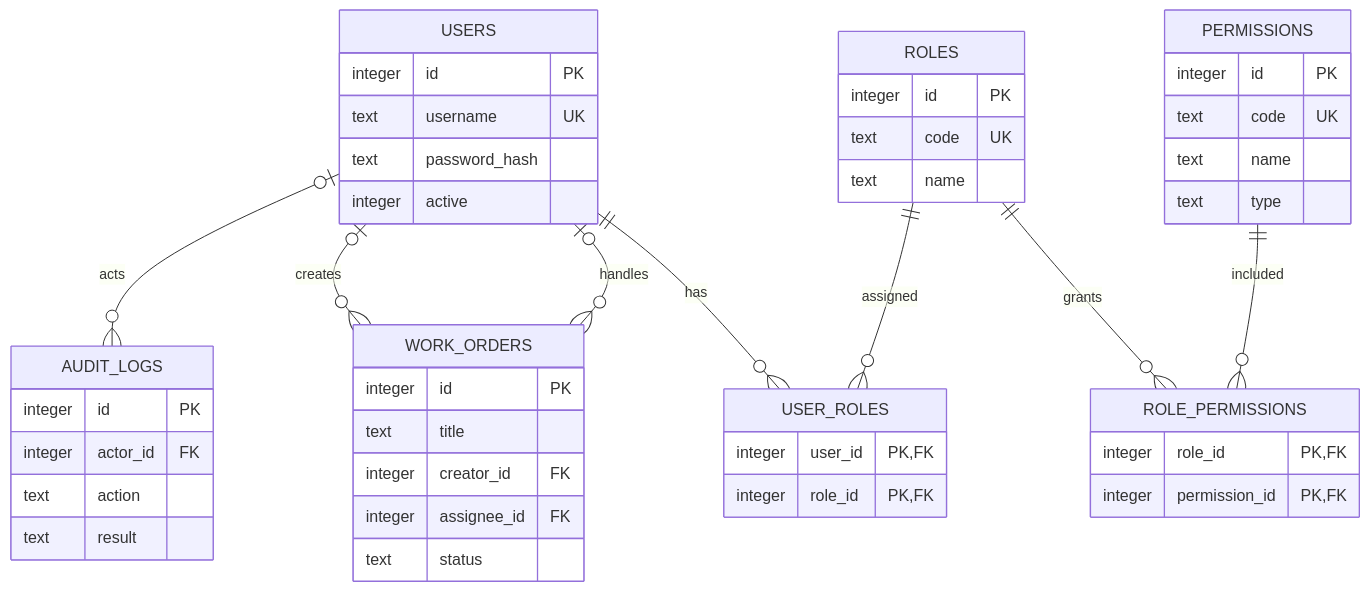
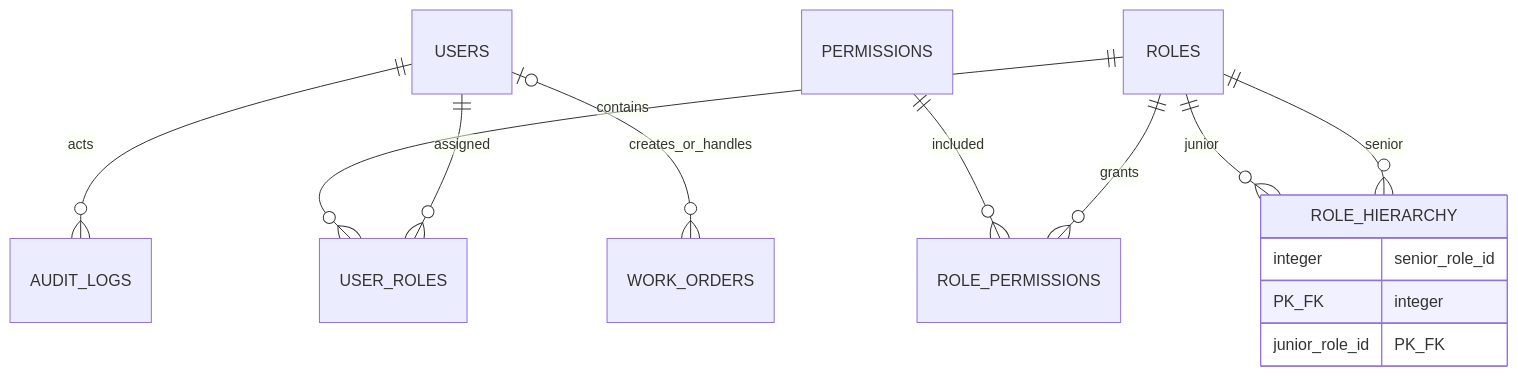
Before and after one commit to cppppercy/campus-work-order-rbac: the first of 2 diagrams in docs/COURSE_REPORT.md, drawn with Mermaid. The commit also changed other lines of this file and 23 other files, not shown here.

Commit message:
feat: add RBAC1 role hierarchy

````diff
--- a/docs/COURSE_REPORT.md
+++ b/docs/COURSE_REPORT.md
@@ -89,49 +30,16 @@
 ```mermaid
 erDiagram
-    USERS ||--o{ USER_ROLES : has
-    ROLES ||--o{ USER_ROLES : assigned
+    USERS ||--o{ USER_ROLES : assigned
+    ROLES ||--o{ USER_ROLES : contains
     ROLES ||--o{ ROLE_PERMISSIONS : grants
     PERMISSIONS ||--o{ ROLE_PERMISSIONS : included
-    USERS o|--o{ WORK_ORDERS : creates
-    USERS o|--o{ WORK_ORDERS : handles
-    USERS o|--o{ AUDIT_LOGS : acts
+    ROLES ||--o{ ROLE_HIERARCHY : senior
+    ROLES ||--o{ ROLE_HIERARCHY : junior
+    USERS ||--o{ AUDIT_LOGS : acts
+    USERS o|--o{ WORK_ORDERS : creates_or_handles
 
-    USERS {
-        integer id PK
-        text username UK
-        text password_hash
-        integer active
-    }
-    ROLES {
-        integer id PK
-        text code UK
-        text name
-    }
-    PERMISSIONS {
-        integer id PK
-        text code UK
-        text name
-        text type
-    }
-    USER_ROLES {
-        integer user_id PK,FK
-        integer role_id PK,FK
-    }
-    ROLE_PERMISSIONS {
-        integer role_id PK,FK
-        integer permission_id PK,FK
-    }
-    WORK_ORDERS {
-        integer id PK
-        text title
-        integer creator_id FK
-        integer assignee_id FK
-        text status
-    }
-    AUDIT_LOGS {
-        integer id PK
-        integer actor_id FK
-        text action
-        text result
+    ROLE_HIERARCHY {
+        integer senior_role_id PK_FK
+        integer junior_role_id PK_FK
     }
 ```
````
